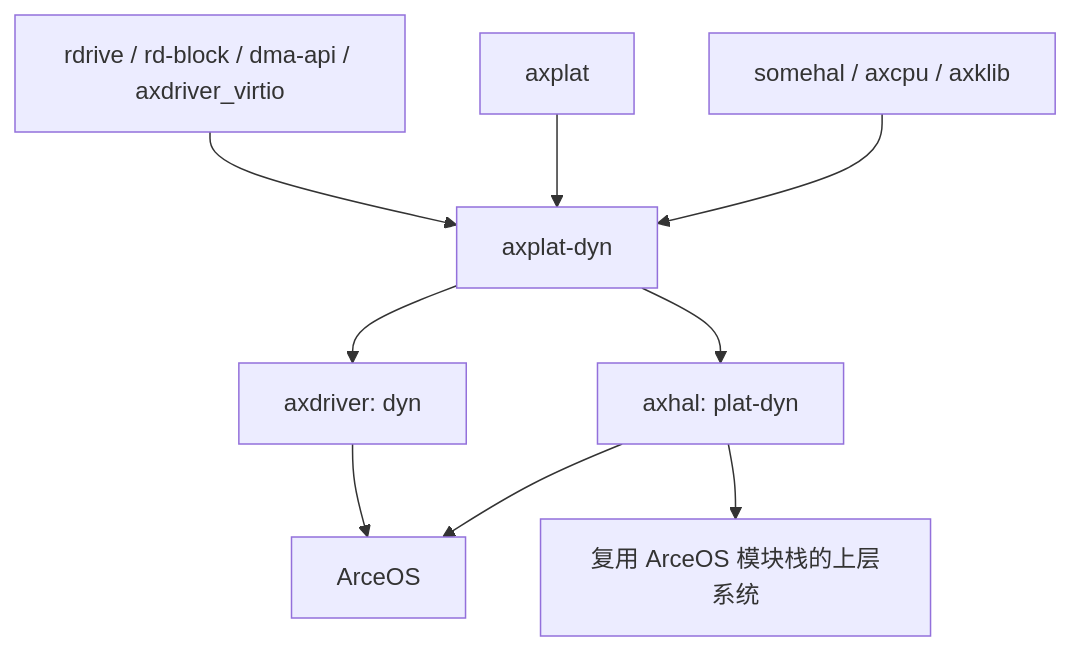
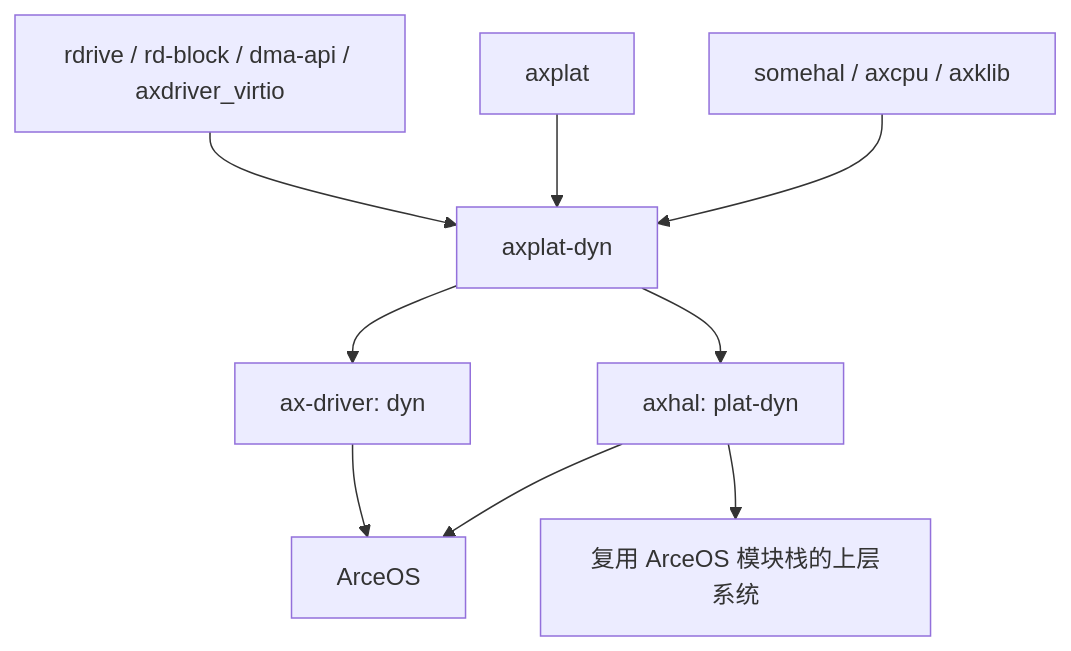
One commit to zKurisu/tgoskits changed the third of 3 diagrams in docs/crates/axplat-dyn.md. Above: the diagram before and after it, drawn with Mermaid. The commit also changed other lines of this file and 73 other files, not shown here.

Commit message:
rename axdriver to ax-driver

````diff
--- a/docs/crates/axplat-dyn.md
+++ b/docs/crates/axplat-dyn.md
@@ -213,13 +213,13 @@
 ```mermaid
 graph TD
     A[somehal / axcpu / axklib] --> B[axplat-dyn]
     C[axplat] --> B
     D[rdrive / rd-block / dma-api / axdriver_virtio] --> B
 
     B --> E[axhal: plat-dyn]
-    B --> F[axdriver: dyn]
+    B --> F[ax-driver: dyn]
 
     E --> G[ArceOS]
     F --> G
     E --> H[复用 ArceOS 模块栈的上层系统]
 ```
````
